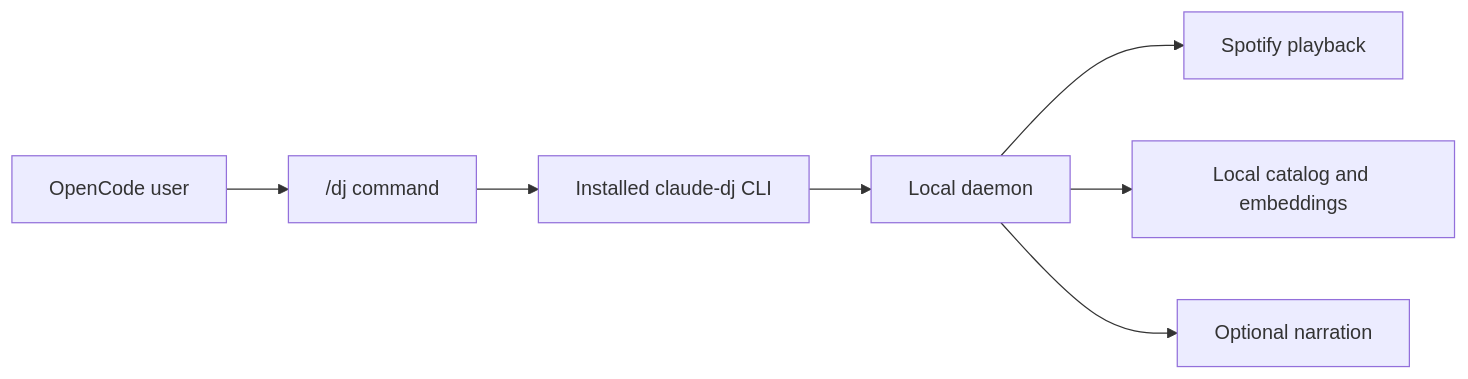
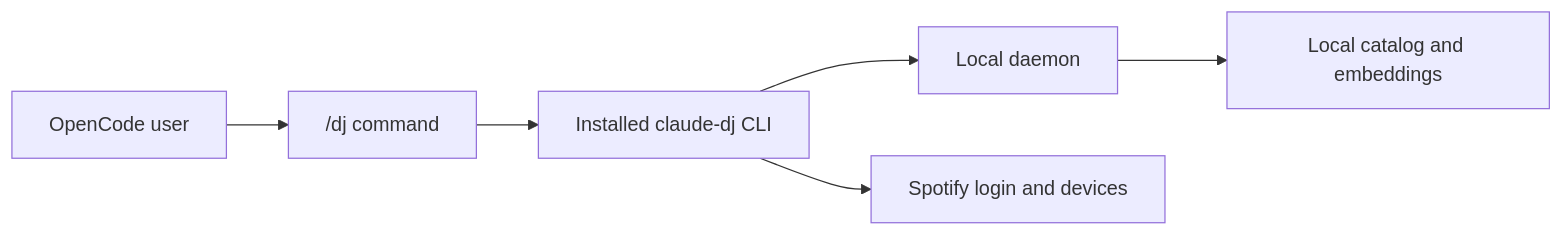
One commit to AdamPSU/agent-dj changed the diagram in wiki/entities/claude-dj.md. Above: the diagram before and after it, drawn with Mermaid. The commit also changed other lines of this file and 19 other files, not shown here.

````diff
--- a/wiki/entities/claude-dj.md
+++ b/wiki/entities/claude-dj.md
@@ -14,9 +14,8 @@
 ```mermaid
 graph LR
     A["OpenCode user"] --> B["/dj command"]
     B --> C["Installed claude-dj CLI"]
     C --> D["Local daemon"]
-    D --> E["Spotify playback"]
+    C --> E["Spotify login and devices"]
     D --> F["Local catalog and embeddings"]
-    D --> G["Optional narration"]
 ```
````
